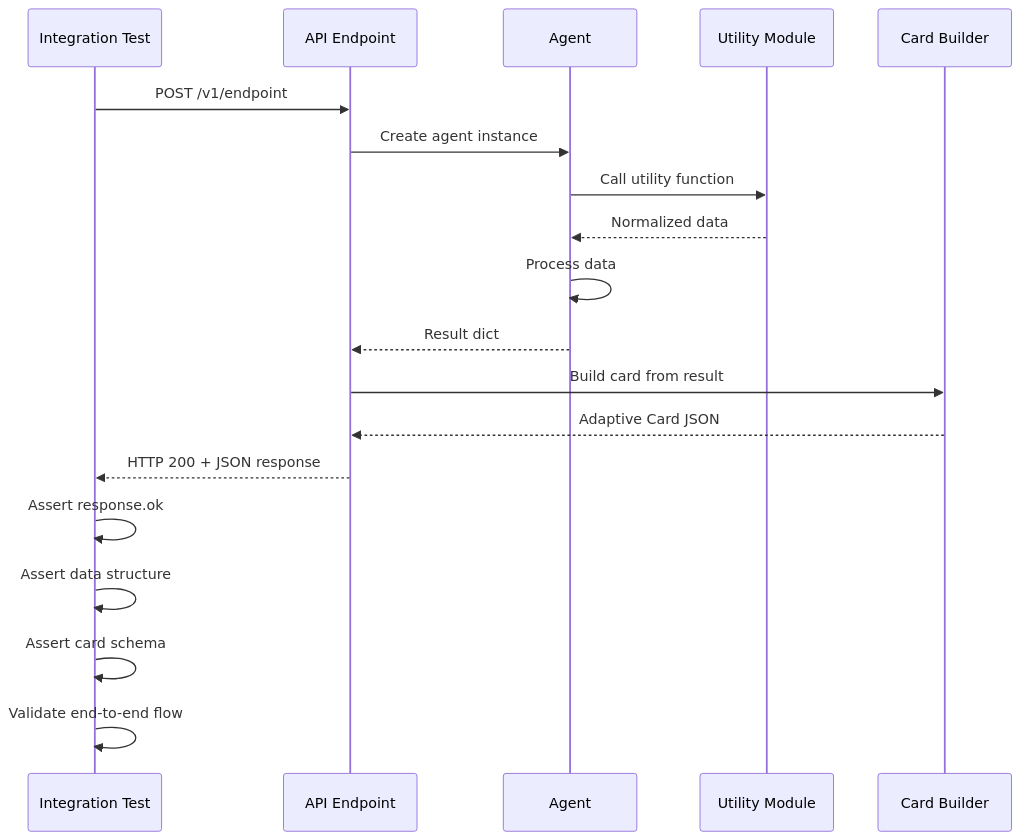
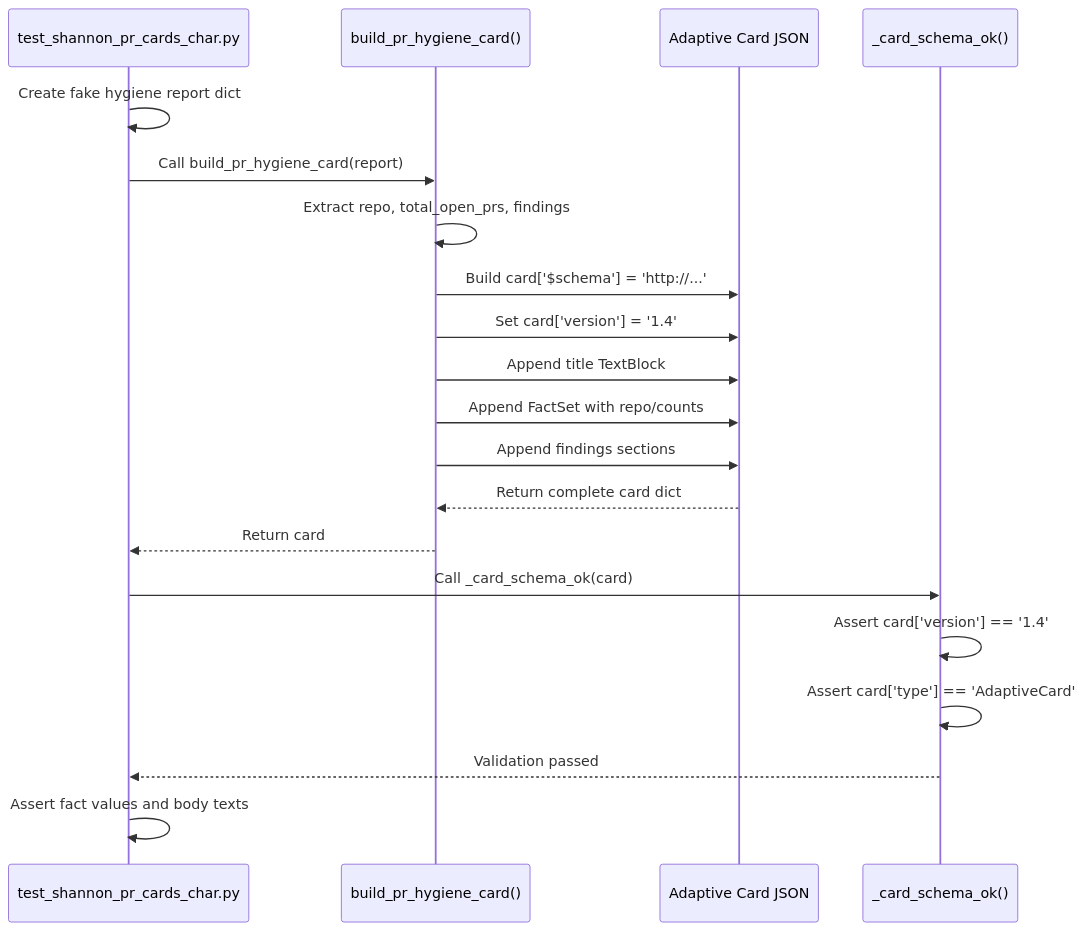
The fourth of 4 diagrams in docs/tests.md (jmac-cornelis/agent-workforce), drawn with Mermaid before and after one commit. The commit also changed other lines of this file and 5 other files, not shown here.

````diff
--- a/docs/tests.md
+++ b/docs/tests.md
@@ -160,26 +118,23 @@
 ```mermaid
 sequenceDiagram
-    participant Test as Integration Test
-    participant API as API Endpoint
-    participant Agent as Agent
-    participant Utils as Utility Module
-    participant Card as Card Builder
+    participant Test as test_shannon_pr_cards_char.py
+    participant Builder as build_pr_hygiene_card()
+    participant Card as Adaptive Card JSON
+    participant Validator as _card_schema_ok()
     
-    Test->>API: POST /v1/endpoint
-    API->>Agent: Create agent instance
-    Agent->>Utils: Call utility function
-    Utils-->>Agent: Normalized data
-    
-    Agent->>Agent: Process data
-    Agent-->>API: Result dict
-    
-    API->>Card: Build card from result
-    Card-->>API: Adaptive Card JSON
-    
-    API-->>Test: HTTP 200 + JSON response
-    
-    Test->>Test: Assert response.ok
-    Test->>Test: Assert data structure
-    Test->>Test: Assert card schema
-    Test->>Test: Validate end-to-end flow
+    Test->>Test: Create fake hygiene report dict
+    Test->>Builder: Call build_pr_hygiene_card(report)
+    Builder->>Builder: Extract repo, total_open_prs, findings
+    Builder->>Card: Build card['$schema'] = 'http://...'
+    Builder->>Card: Set card['version'] = '1.4'
+    Builder->>Card: Append title TextBlock
+    Builder->>Card: Append FactSet with repo/counts
+    Builder->>Card: Append findings sections
+    Card-->>Builder: Return complete card dict
+    Builder-->>Test: Return card
+    Test->>Validator: Call _card_schema_ok(card)
+    Validator->>Validator: Assert card['version'] == '1.4'
+    Validator->>Validator: Assert card['type'] == 'AdaptiveCard'
+    Validator-->>Test: Validation passed
+    Test->>Test: Assert fact values and body texts
 ```
````
